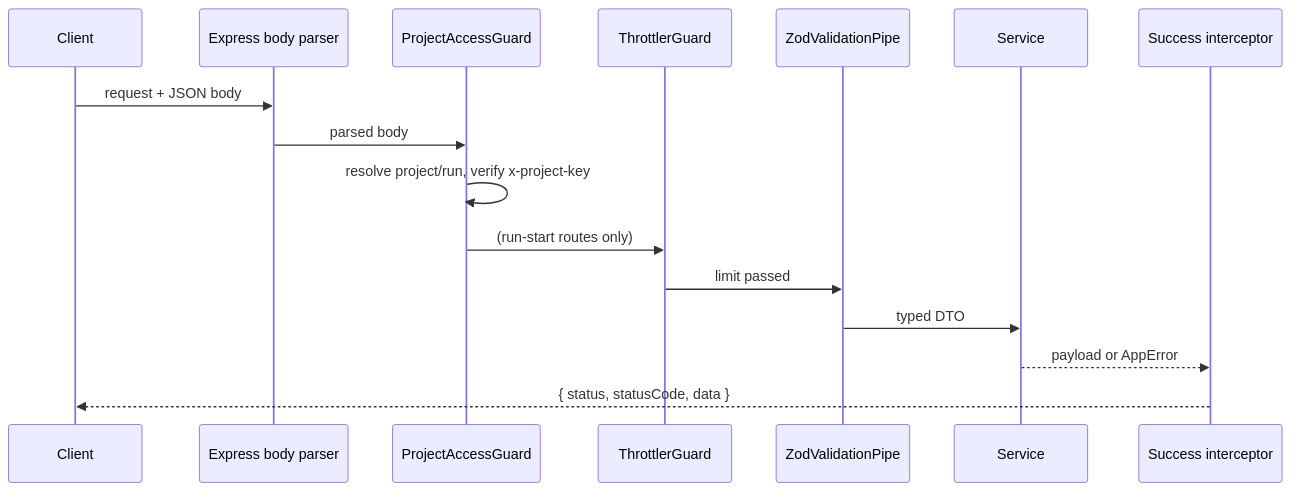
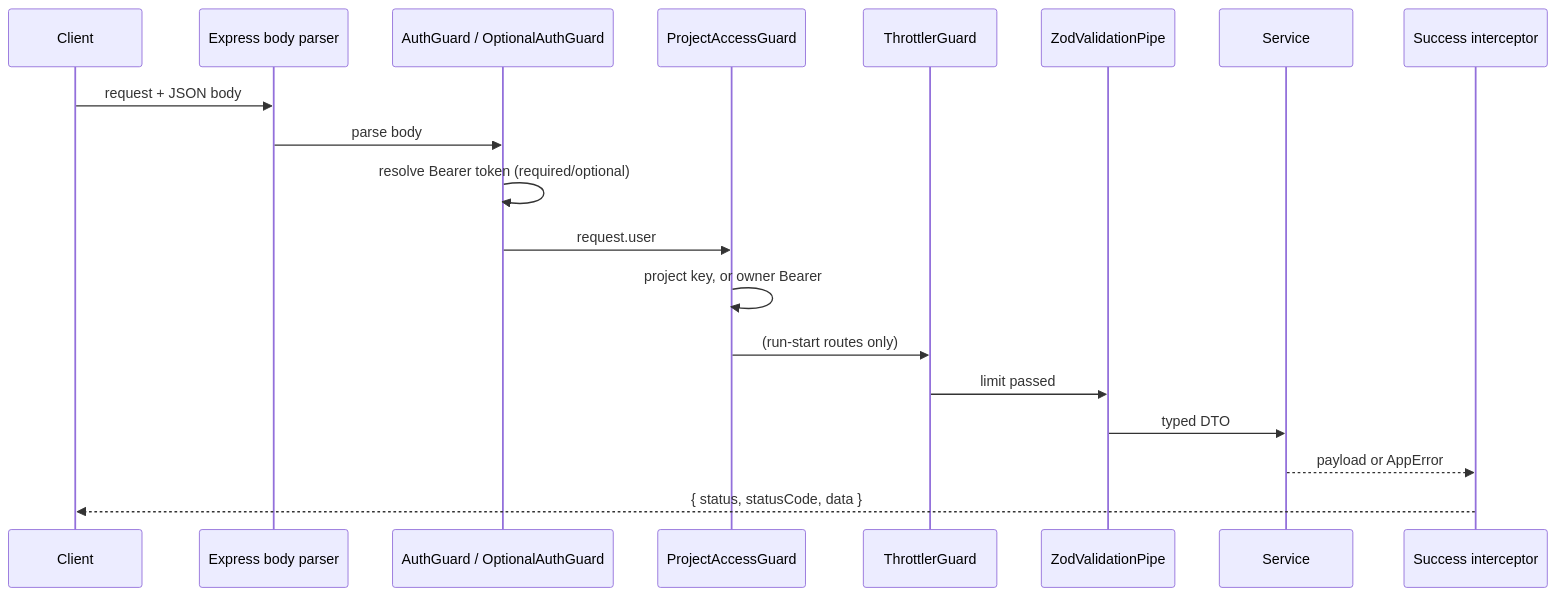
One commit to yogimait/SDA_SystemDesignForAll changed the second of 2 diagrams in backend-server/docs/Architecture.md. Above: the diagram before and after it, drawn with Mermaid. The commit also changed other lines of this file and 122 other files, not shown here.

Commit message:
Add auth, account, provider config, preferences, dashboard, and narrative/flow-replay UI

````diff
--- a/backend-server/docs/Architecture.md
+++ b/backend-server/docs/Architecture.md
@@ -66,18 +74,21 @@
 ```mermaid
 sequenceDiagram
   participant C as Client
   participant E as Express body parser
+  participant A as AuthGuard / OptionalAuthGuard
   participant G as ProjectAccessGuard
   participant T as ThrottlerGuard
   participant Z as ZodValidationPipe
   participant S as Service
   participant I as Success interceptor
   C->>E: request + JSON body
-  E->>G: parsed body
-  G->>G: resolve project/run, verify x-project-key
+  E->>A: parse body
+  A->>A: resolve Bearer token (required/optional)
+  A->>G: request.user
+  G->>G: project key, or owner Bearer
   G->>T: (run-start routes only)
   T->>Z: limit passed
   Z->>S: typed DTO
   S-->>I: payload or AppError
   I-->>C: { status, statusCode, data }
 ```
````
